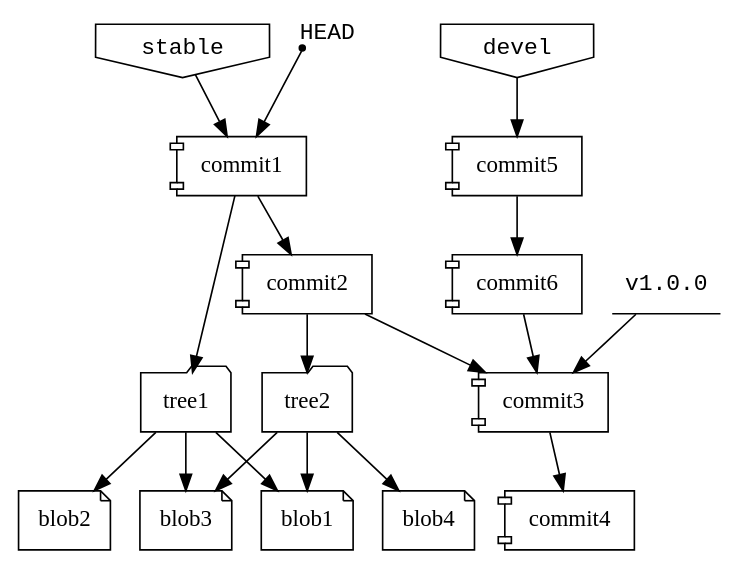
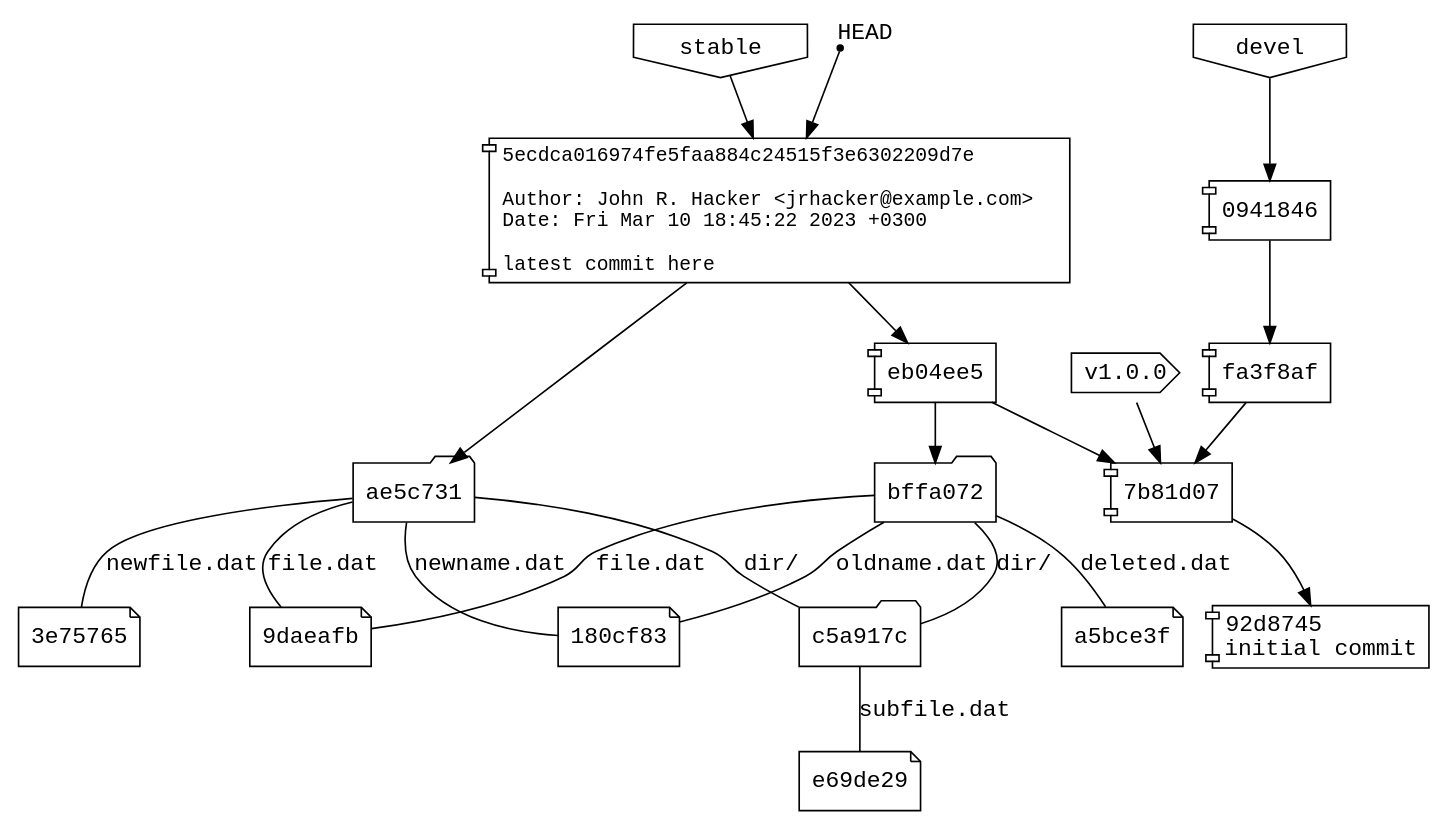
One commit to mathling-programming/lectures changed the first of 2 diagrams in source/gitanatomy.rst. Above: the diagram before and after it, drawn with Graphviz. The commit also changed other lines of this file and 2 other files, not shown here.

Commit message:
update lecture 1 draft

```diff
--- a/source/gitanatomy.rst
+++ b/source/gitanatomy.rst
@@ -4,32 +4,47 @@
 .. graphviz::
 
    digraph {
-      node [ shape = component ]
-      blob1 [ shape = note ]
-      blob2 [ shape = note ]
-      blob3 [ shape = note ]
-      blob4 [ shape = note ]
-      tree1 [ shape = folder ]
-      tree2 [ shape = folder ]
-      tree1 -> blob1
-      tree1 -> blob2
-      tree2 -> blob1
-      tree1 -> blob3
-      tree2 -> blob3
-      tree2 -> blob4
+      node [ shape = component, fontname = "monospace" ]
+      edge [ fontname = "monospace", labelfontname = "monospace" ]
+      blob1 [ shape = note, label = "9daeafb", tooltip = "9daeafb9864cf43055ae93beb0afd6c7d144bfa4" ]
+      blob2 [ shape = note, label = "3e75765" ]
+      blob3 [ shape = note, label = "180cf83" ]
+      blob4 [ shape = note, label = "a5bce3f" ]
+      subblob [ shape = note, label = "e69de29" ]
+      tree1 [ shape = folder, label = "ae5c731" ]
+      tree2 [ shape = folder, label = "bffa072" ]
+      subtree [ shape = folder, label = "c5a917c" ]
+
+      tree1 -> blob1 [ dir = none, label = "file.dat" ]
+      tree1 -> blob2 [ dir = none, label = "newfile.dat" ]
+      tree2 -> blob1 [ dir = none, label = "file.dat" ]
+      tree2 -> blob3 [ dir = none, label = "oldname.dat" ]
+      tree1 -> blob3 [ dir = none, label = "newname.dat" ]
+      tree2 -> blob4 [ dir = none, label = "deleted.dat" ]
+      subtree -> subblob [ dir = none, label = "subfile.dat" ]
+      tree1 -> subtree [ dir = none, label = "dir/" ]
+      tree2 -> subtree [ dir = none, label = "dir/" ]
+
+      commit1 [ tooltip = "git mv oldname.dat newname.dat\ngit rm deleted.dat\ngit add newfile.dat", fontsize = 12,
+                label = "5ecdca016974fe5faa884c24515f3e6302209d7e\l\lAuthor: John R. Hacker <jrhacker@example.com>\lDate: Fri Mar 10 18:45:22 2023 +0300\l\llatest commit here\l"]
+      commit4 [ label = "92d8745\linitial commit" ]
+      commit3 [ label = "7b81d07" ]
+      commit2 [ label = "eb04ee5" ]
+      commit6 [ label = "fa3f8af" ]
+      commit5 [ label = "0941846" ]
       commit1 -> tree1
       commit2 -> tree2
       commit1 -> commit2
       commit2 -> commit3
       commit3 -> commit4
       commit5 -> commit6
       commit6 -> commit3
       head [ shape = point, xlabel = "HEAD", fontname = "monospace" ]
       head -> commit1
-      branch1 [ shape = invhouse, label = "devel", fontname = "monospace" ]
+      branch1 [ shape = invhouse, label = "devel" ]
       branch1 -> commit5
-      branch2 [ shape = invhouse, label = "stable", fontname = "monospace" ]
+      branch2 [ shape = invhouse, label = "stable" ]
       branch2 -> commit1
-      tag1 [ shape = underline, label = "v1.0.0", fontname = "monospace" ]
+      tag1 [ shape = cds, label = "v1.0.0" ]
       tag1 -> commit3
    }
```
